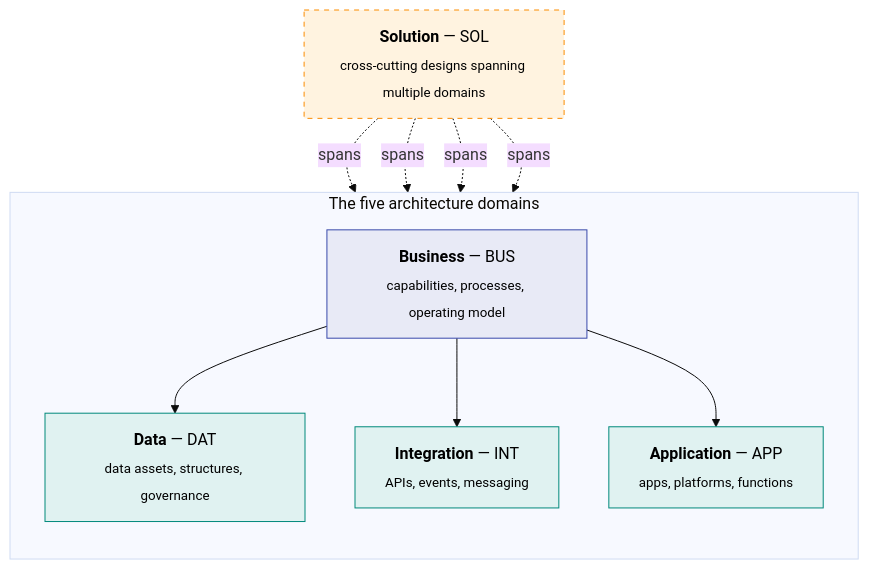
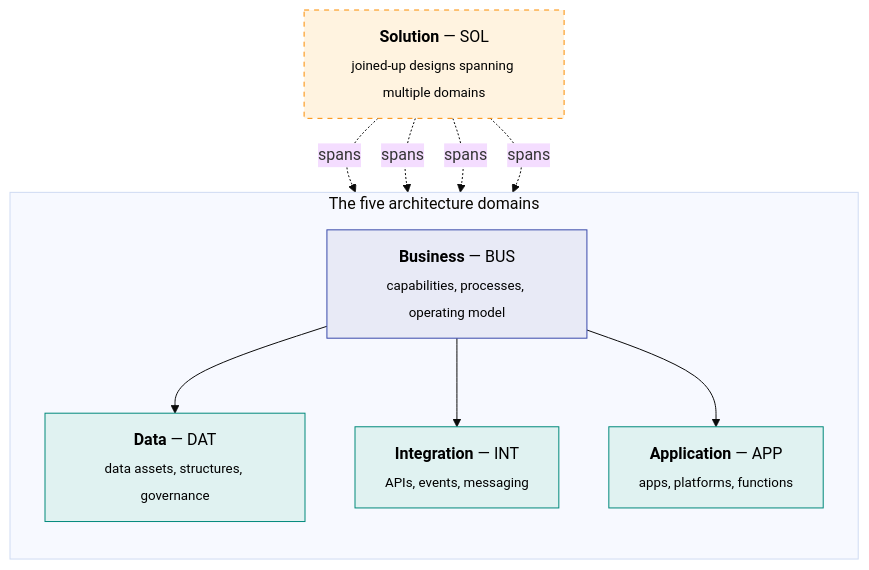
Before and after one commit to dan-eastley/pickle: the diagram in docs/domains.md, drawn with Mermaid (base theme). The commit also changed other lines of this file and 6 other files, not shown here.

````diff
--- a/docs/domains.md
+++ b/docs/domains.md
@@ -5,25 +5,25 @@
 ```mermaid
 flowchart TB
     subgraph Domain["The five architecture domains"]
         direction TB
         BUS["<b>Business</b> — BUS<br/><sub>capabilities, processes, operating model</sub>"]
         BUS --> DAT["<b>Data</b> — DAT<br/><sub>data assets, structures, governance</sub>"]
         BUS --> INT["<b>Integration</b> — INT<br/><sub>APIs, events, messaging</sub>"]
         BUS --> APP["<b>Application</b> — APP<br/><sub>apps, platforms, functions</sub>"]
     end
 
-    SOL["<b>Solution</b> — SOL<br/><sub>cross-cutting designs spanning multiple domains</sub>"]
+    SOL["<b>Solution</b> — SOL<br/><sub>joined-up designs spanning multiple domains</sub>"]
 
     SOL -. spans .-> BUS
     SOL -. spans .-> DAT
     SOL -. spans .-> INT
     SOL -. spans .-> APP
 
     classDef ctx fill:#e8eaf6,stroke:#3949ab,color:#000
     classDef del fill:#e0f2f1,stroke:#00897b,color:#000
     classDef cross fill:#fff3e0,stroke:#fb8c00,color:#000,stroke-dasharray:5 5
 
     class BUS ctx
     class DAT,INT,APP del
     class SOL cross
 ```
````
